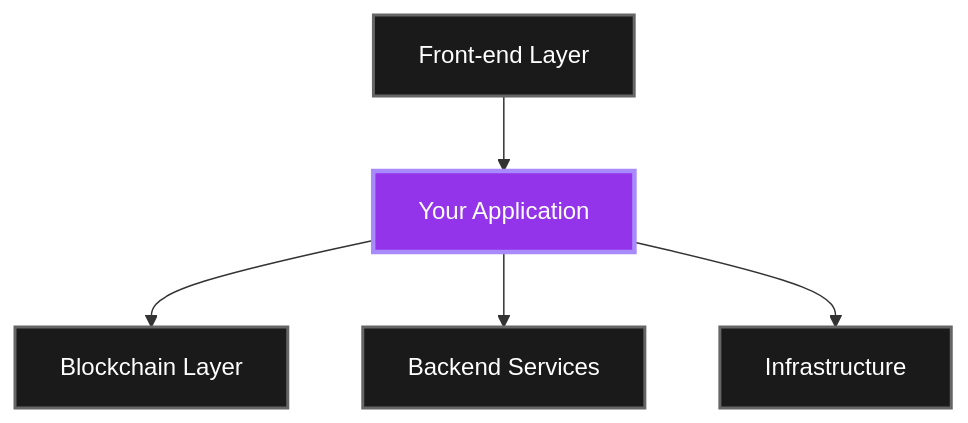
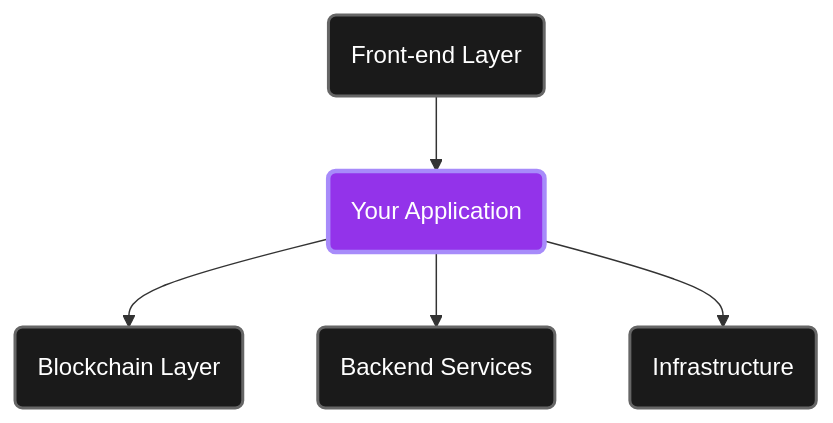
The second of 2 diagrams in profile/README.md (DeSource-Labs/.github), drawn with Mermaid before and after one commit. The commit also changed other lines of this file, not shown here.

Commit message:
Update mermaid syntax for flowcharts in README

````diff
--- a/profile/README.md
+++ b/profile/README.md
@@ -178,13 +178,13 @@
 ```mermaid
 graph TD
-    A[Front-end Layer] --> B[Your Application]
-    B --> C[Blockchain Layer]
-    B --> D[Backend Services]
-    B --> E[Infrastructure]
+    A(Front-end Layer) --> B(Your Application)
+    B --> C(Blockchain Layer)
+    B --> D(Backend Services)
+    B --> E(Infrastructure)
     
     style B fill:#9333ea,stroke:#a78bfa,stroke-width:3px,color:#fff
     style A fill:#1a1a1a,stroke:#666,stroke-width:2px,color:#fff
     style C fill:#1a1a1a,stroke:#666,stroke-width:2px,color:#fff
     style D fill:#1a1a1a,stroke:#666,stroke-width:2px,color:#fff
     style E fill:#1a1a1a,stroke:#666,stroke-width:2px,color:#fff
 ```
````
